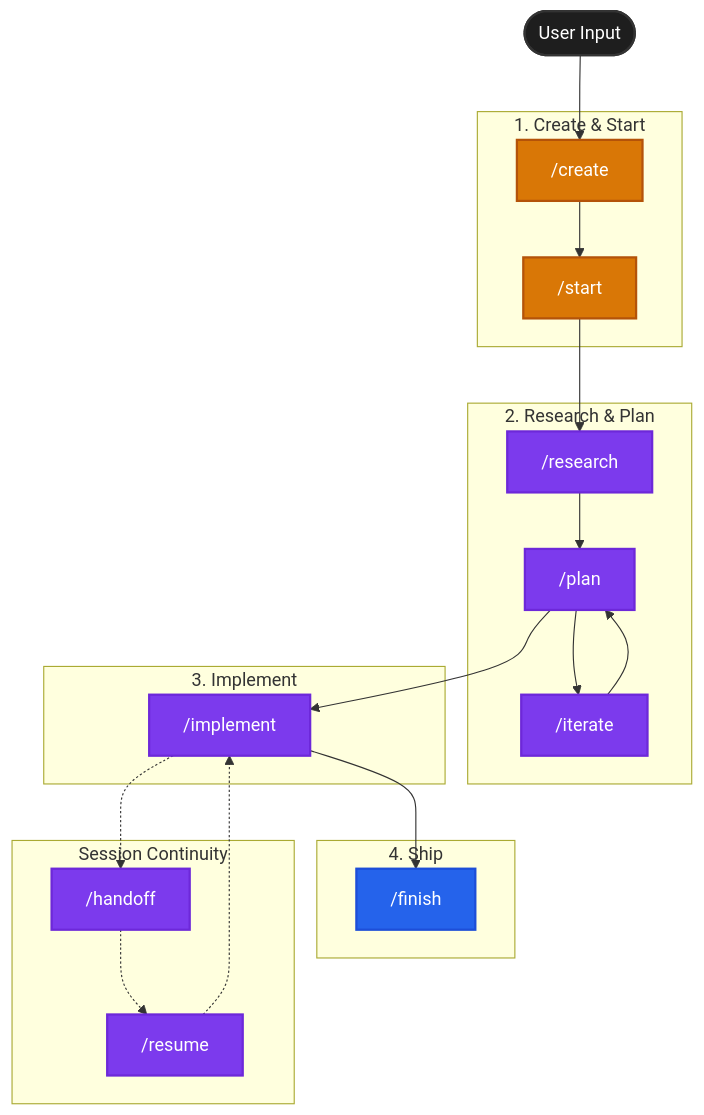
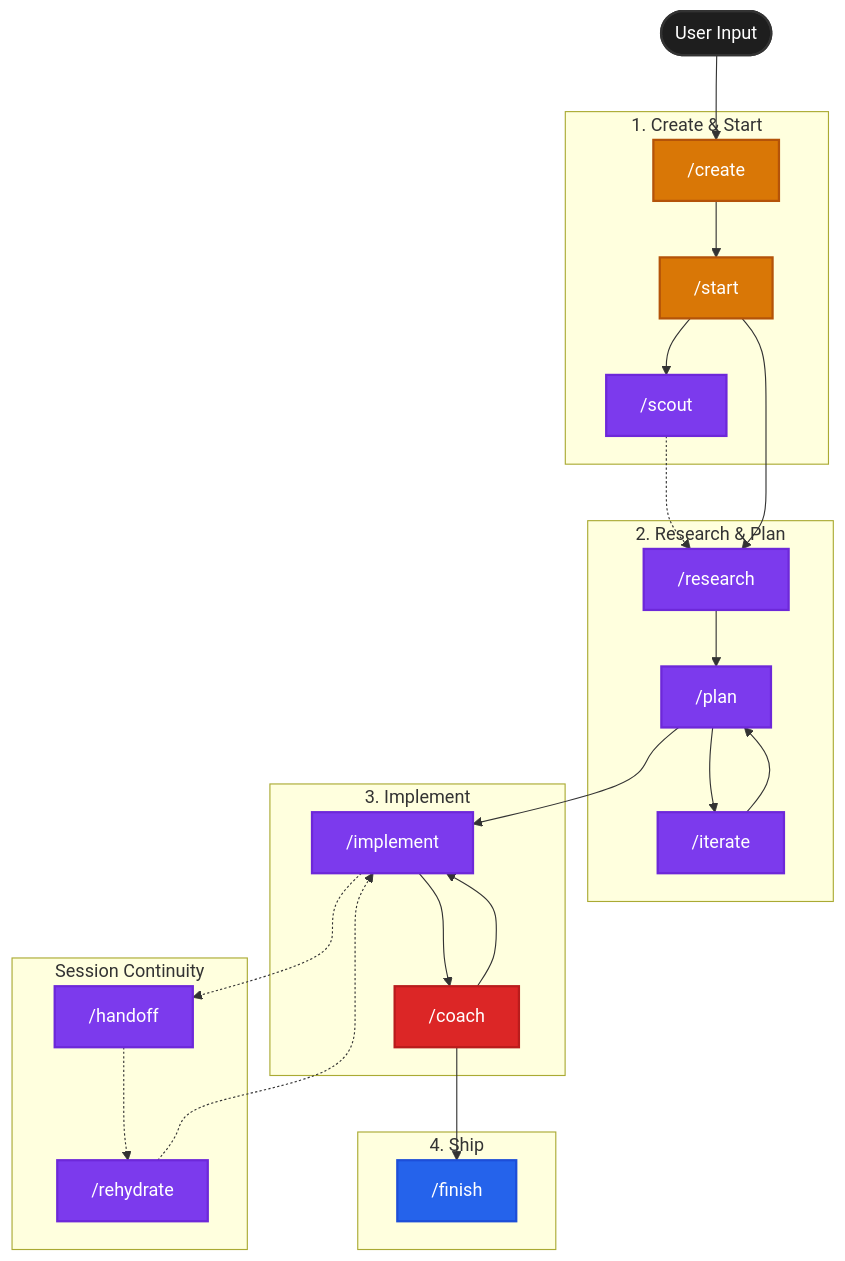
Before and after one commit to lleewwiiss/opencode-maestro: the diagram in README.md, drawn with Mermaid. The commit also changed other lines of this file and 17 other files, not shown here.

First line of the commit message:
feat: upgrade to 11-command workflow with coach/scout and oh-my-opencode integration

````diff
--- a/README.md
+++ b/README.md
@@ -31,44 +45,51 @@
 ```mermaid
 graph TD
     classDef default fill:#1e1e1e,stroke:#333,stroke-width:2px,color:#fff;
     classDef bead fill:#d97706,stroke:#b45309,stroke-width:2px,color:#fff;
     classDef git fill:#2563eb,stroke:#1d4ed8,stroke-width:2px,color:#fff;
     classDef agent fill:#7c3aed,stroke:#6d28d9,stroke-width:2px,color:#fff;
+    classDef coach fill:#dc2626,stroke:#b91c1c,stroke-width:2px,color:#fff;
 
     New([User Input]) --> Create
     
     subgraph "1. Create & Start"
         Create["/create"]:::bead
         Start["/start"]:::bead
+        Scout["/scout"]:::agent
     end
 
     subgraph "2. Research & Plan"
         Research["/research"]:::agent
         Plan["/plan"]:::agent
         Iterate["/iterate"]:::agent
     end
 
     subgraph "3. Implement"
         Implement["/implement"]:::agent
+        Coach["/coach"]:::coach
     end
     
     subgraph "4. Ship"
         Finish["/finish"]:::git
     end
 
     subgraph "Session Continuity"
         Handoff["/handoff"]:::agent
-        Resume["/resume"]:::agent
+        Resume["/rehydrate"]:::agent
     end
 
     Create --> Start
+    Start --> Scout
+    Scout -.-> Research
     Start --> Research
     Research --> Plan
     Plan --> Iterate
     Iterate --> Plan
     Plan --> Implement
-    Implement --> Finish
+    Implement --> Coach
+    Coach --> Implement
+    Coach --> Finish
     Implement -.-> Handoff
     Handoff -.-> Resume
     Resume -.-> Implement
 ```
````
